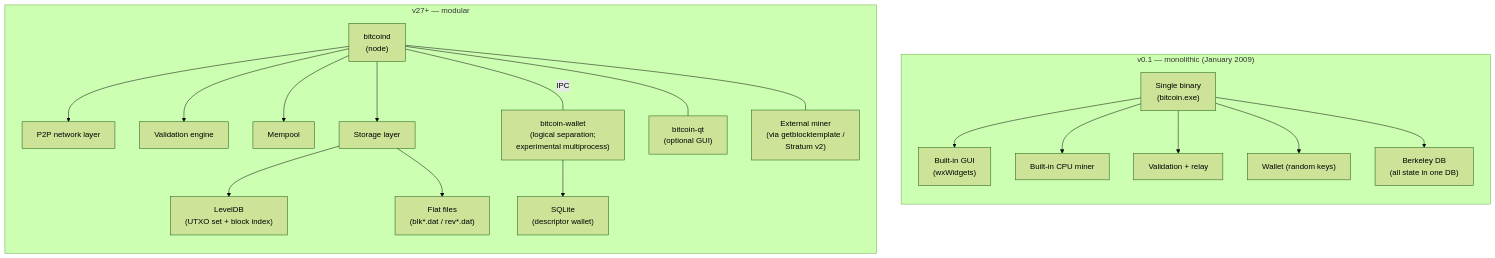
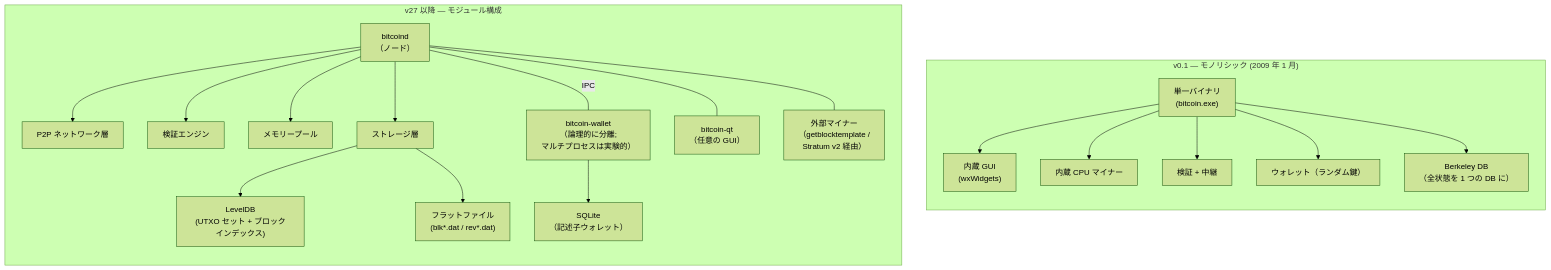
One commit to cypher256/BitcoinArchive changed the first of 10 diagrams in src/data/translations/ja/design/2009-01-03-bitcoin-architecture-evolution.md. Above: the diagram before and after it, drawn with Mermaid (forest theme). The commit also changed other lines of this file and 11 other files, not shown here.

````diff
--- a/src/data/translations/ja/design/2009-01-03-bitcoin-architecture-evolution.md
+++ b/src/data/translations/ja/design/2009-01-03-bitcoin-architecture-evolution.md
@@ -35,30 +35,30 @@
 ```mermaid
 flowchart TB
-    subgraph V01["v0.1 — monolithic (January 2009)"]
+    subgraph V01["v0.1 — モノリシック (2009 年 1 月)"]
         direction TB
-        MONO["Single binary<br/>(bitcoin.exe)"]
-        MONO --> GUI_0["Built-in GUI<br/>(wxWidgets)"]
-        MONO --> MINE_0["Built-in CPU miner"]
-        MONO --> VALID_0["Validation + relay"]
-        MONO --> WALL_0["Wallet (random keys)"]
-        MONO --> BDB["Berkeley DB<br/>(all state in one DB)"]
+        MONO["単一バイナリ<br/>(bitcoin.exe)"]
+        MONO --> GUI_0["内蔵 GUI<br/>(wxWidgets)"]
+        MONO --> MINE_0["内蔵 CPU マイナー"]
+        MONO --> VALID_0["検証 + 中継"]
+        MONO --> WALL_0["ウォレット（ランダム鍵）"]
+        MONO --> BDB["Berkeley DB<br/>（全状態を 1 つの DB に）"]
     end
 
-    subgraph V27["v27+ — modular"]
+    subgraph V27["v27 以降 — モジュール構成"]
         direction TB
-        NODE["bitcoind<br/>(node)"]
-        NODE --> P2P_N["P2P network layer"]
-        NODE --> VALID_N["Validation engine"]
-        NODE --> MEMPOOL_N["Mempool"]
-        NODE --> STORE_N["Storage layer"]
-        STORE_N --> LEVEL["LevelDB<br/>(UTXO set + block index)"]
-        STORE_N --> FLAT["Flat files<br/>(blk*.dat / rev*.dat)"]
-        WALL_N["bitcoin-wallet<br/>(logical separation;<br/>experimental multiprocess)"]
-        WALL_N --> SQL["SQLite<br/>(descriptor wallet)"]
+        NODE["bitcoind<br/>（ノード）"]
+        NODE --> P2P_N["P2P ネットワーク層"]
+        NODE --> VALID_N["検証エンジン"]
+        NODE --> MEMPOOL_N["メモリープール"]
+        NODE --> STORE_N["ストレージ層"]
+        STORE_N --> LEVEL["LevelDB<br/>(UTXO セット + ブロックインデックス)"]
+        STORE_N --> FLAT["フラットファイル<br/>(blk*.dat / rev*.dat)"]
+        WALL_N["bitcoin-wallet<br/>（論理的に分離;<br/>マルチプロセスは実験的）"]
+        WALL_N --> SQL["SQLite<br/>（記述子ウォレット）"]
         NODE -- "IPC" --- WALL_N
-        QT["bitcoin-qt<br/>(optional GUI)"]
+        QT["bitcoin-qt<br/>（任意の GUI）"]
         NODE --- QT
-        EXT_MINE["External miner<br/>(via getblocktemplate /<br/>Stratum v2)"]
+        EXT_MINE["外部マイナー<br/>（getblocktemplate /<br/>Stratum v2 経由）"]
         NODE --- EXT_MINE
     end
 ```
````
